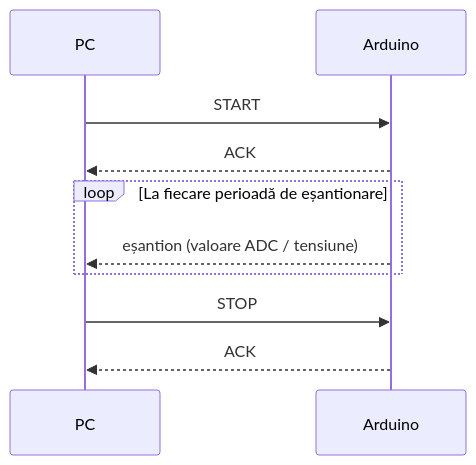
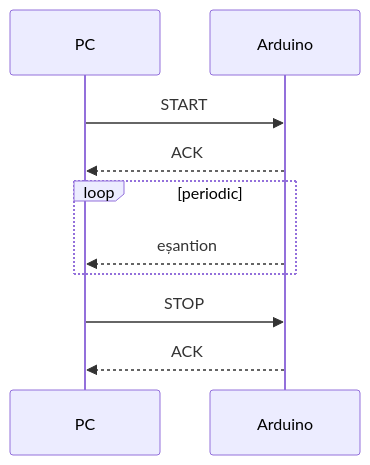
One commit to s78420424-png/LABAPD changed the diagram in docs/protocol.md. Above: the diagram before and after it, drawn with Mermaid. The commit also changed other lines of this file, not shown here.

Commit message:
Elimină diagrama de stări din documentația protocolului

````diff
--- a/docs/protocol.md
+++ b/docs/protocol.md
@@ -7,13 +11,15 @@
 ```mermaid
 sequenceDiagram
     participant PC
     participant Arduino
 
     PC->>Arduino: START
     Arduino-->>PC: ACK
-    loop La fiecare perioadă de eșantionare
-        Arduino-->>PC: eșantion (valoare ADC / tensiune)
+
+    loop periodic
+        Arduino-->>PC: eșantion
     end
+
     PC->>Arduino: STOP
     Arduino-->>PC: ACK
 ```
````
